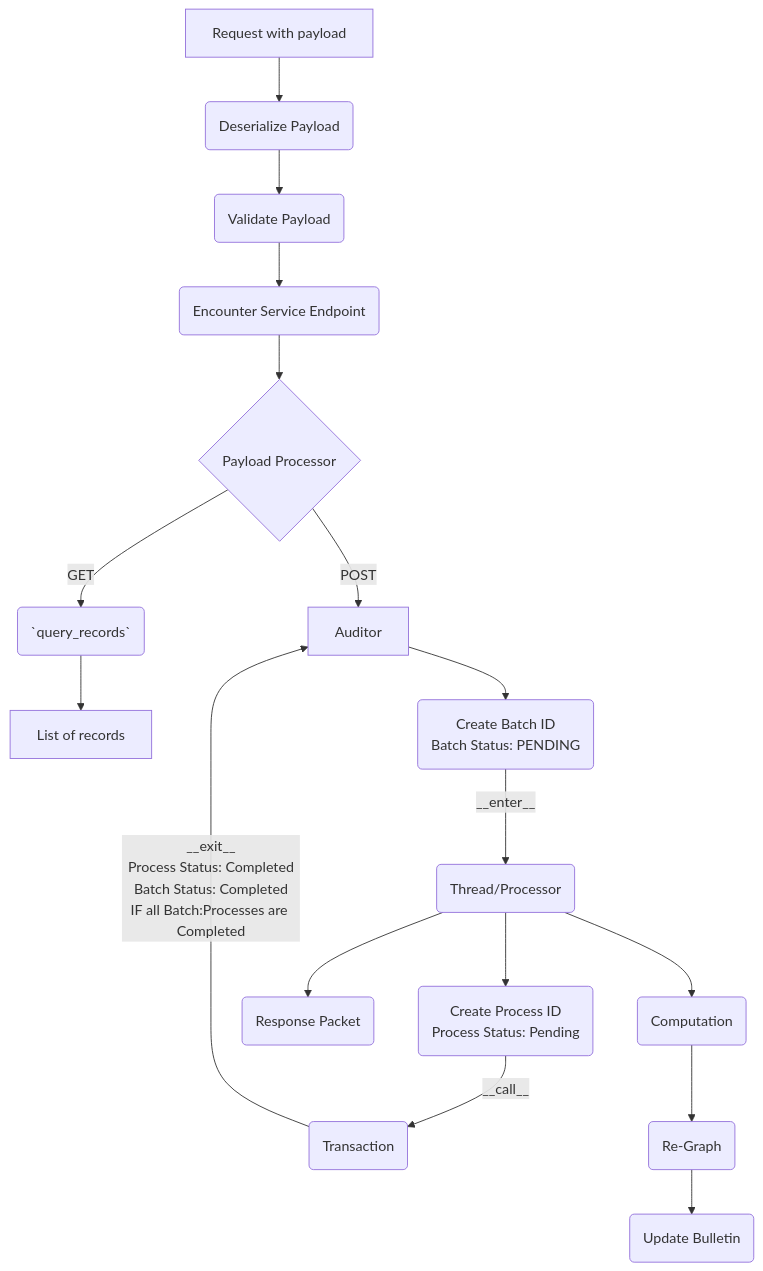
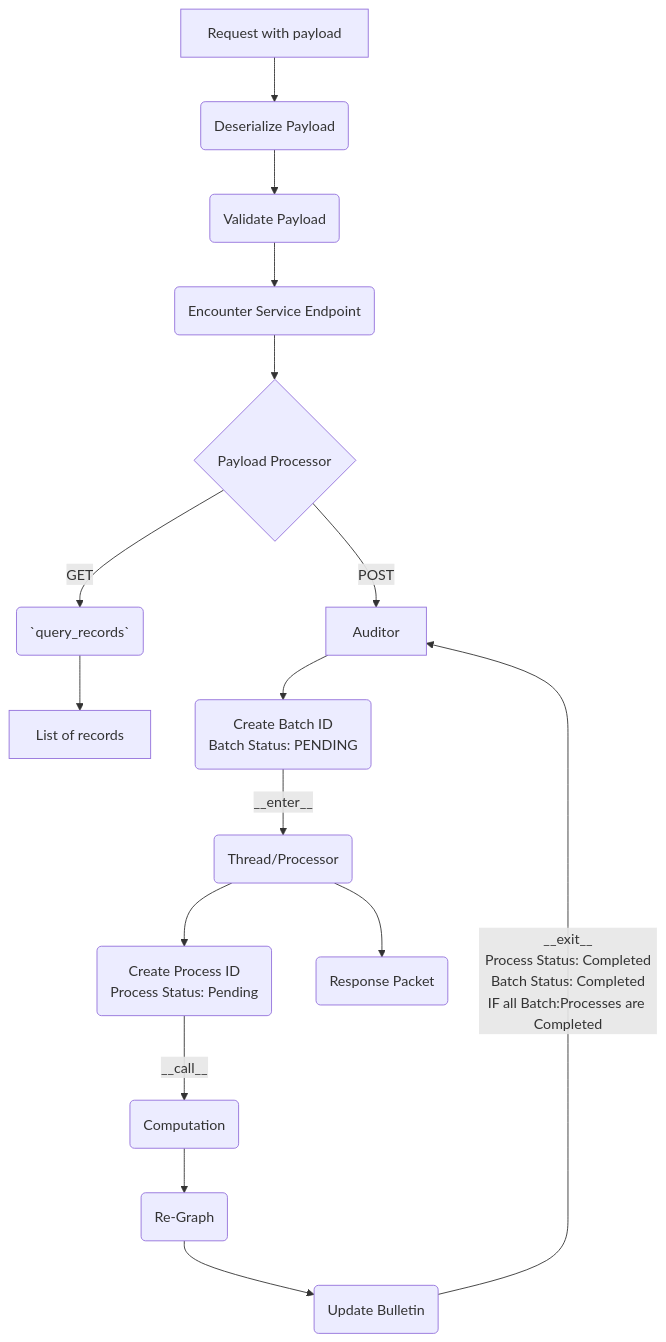
One commit to HealthIQ-LLC/master-patient-index changed the first of 9 diagrams in README.md. Above: the diagram before and after it, drawn with Mermaid.

Commit message:
flowchart correction

````diff
--- a/README.md
+++ b/README.md
@@ -172,20 +172,19 @@
 ```mermaid
 graph TD
 A[Request with payload]-->B(Deserialize Payload)
 B-->C(Validate Payload)
 C-->D(Encounter Service Endpoint)
 D-->E{Payload Processor}
 E-->|GET| F(`query_records`)
 F-->G[List of records]
 E-->|POST| H[Auditor]
 H-->O(Create Batch ID\nBatch Status: PENDING)
 O-->|__enter__| I(Thread/Processor)
 I-->P(Create Process ID\nProcess Status: Pending)
-P-->|__call__|J(Transaction)
-J-->|__exit__\nProcess Status: Completed\nBatch Status: Completed\nIF all Batch:Processes are Completed|H
+P-->|__call__|L(Computation)
+N-->|__exit__\nProcess Status: Completed\nBatch Status: Completed\nIF all Batch:Processes are Completed|H
 I-->K(Response Packet)
-I-->L(Computation)
 L-->M(Re-Graph)
 M-->N(Update Bulletin)
 
 ```
````
